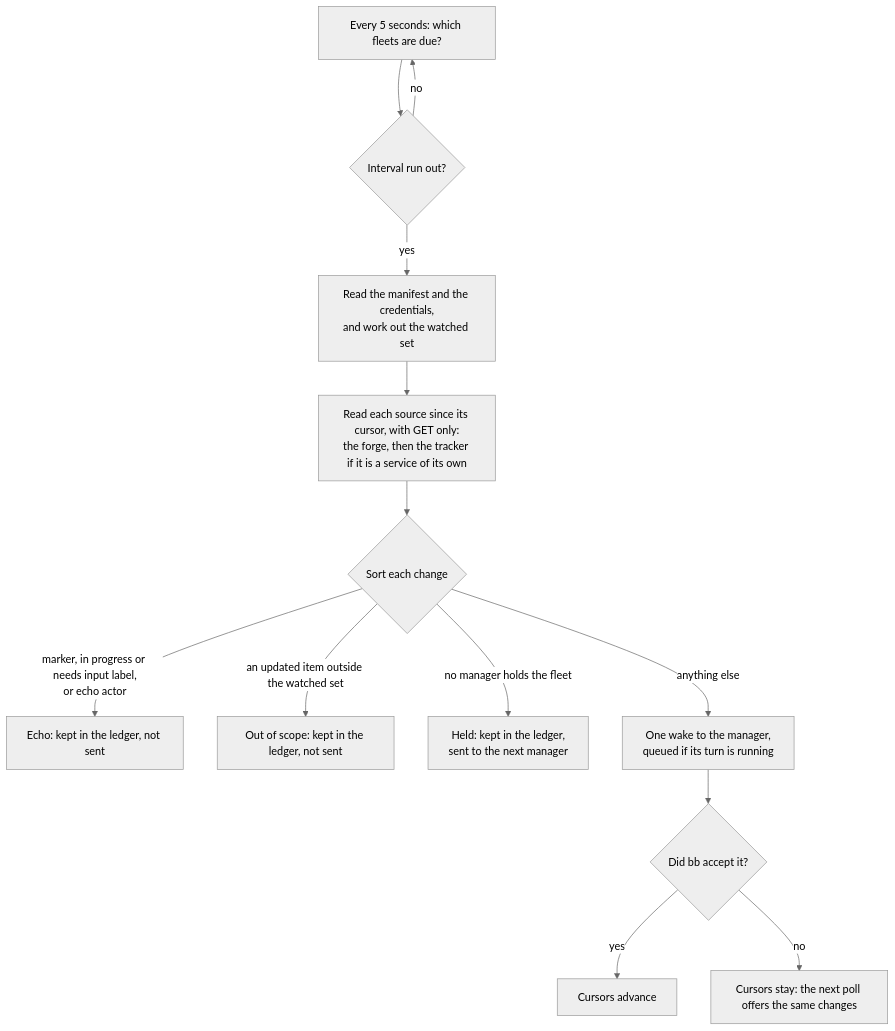
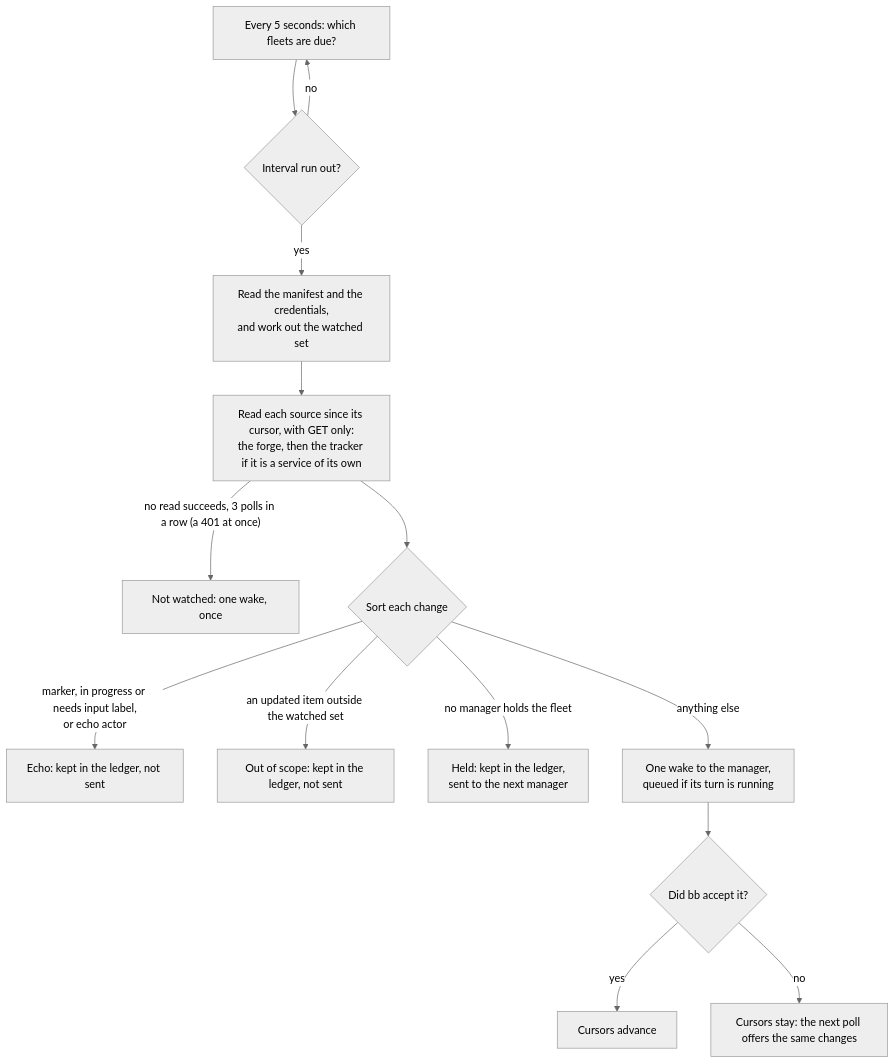
The diagram in docs/explanation/unattendish-polling.md (gperezmz/bb-plugins), drawn with Mermaid (neutral theme) before and after one commit. The commit also changed other lines of this file and 5 other files, not shown here.

First line of the commit message:
docs(unattendish-sdlc): document the not-watched causes and fixes

````diff
--- a/docs/explanation/unattendish-polling.md
+++ b/docs/explanation/unattendish-polling.md
@@ -5,15 +5,16 @@
 ```mermaid
 flowchart TB
   tick["Every 5 seconds: which fleets are due?"] --> due{"Interval run out?"}
   due -->|no| tick
   due -->|yes| watch["Read the manifest and the credentials,<br/>and work out the watched set"]
   watch --> read["Read each source since its cursor, with GET only:<br/>the forge, then the tracker if it is a service of its own"]
+  read -->|"no read succeeds, 3 polls in a row (a 401 at once)"| refused["Not watched: one wake, once"]
   read --> sort{"Sort each change"}
   sort -->|"marker, in progress or needs input label,<br/>or echo actor"| echo["Echo: kept in the ledger, not sent"]
   sort -->|"an updated item outside the watched set"| scope["Out of scope: kept in the ledger, not sent"]
   sort -->|"no manager holds the fleet"| held["Held: kept in the ledger,<br/>sent to the next manager"]
   sort -->|"anything else"| wake["One wake to the manager,<br/>queued if its turn is running"]
   wake --> accepted{"Did bb accept it?"}
   accepted -->|yes| advance["Cursors advance"]
   accepted -->|no| again["Cursors stay: the next poll offers the same changes"]
 ```
````
